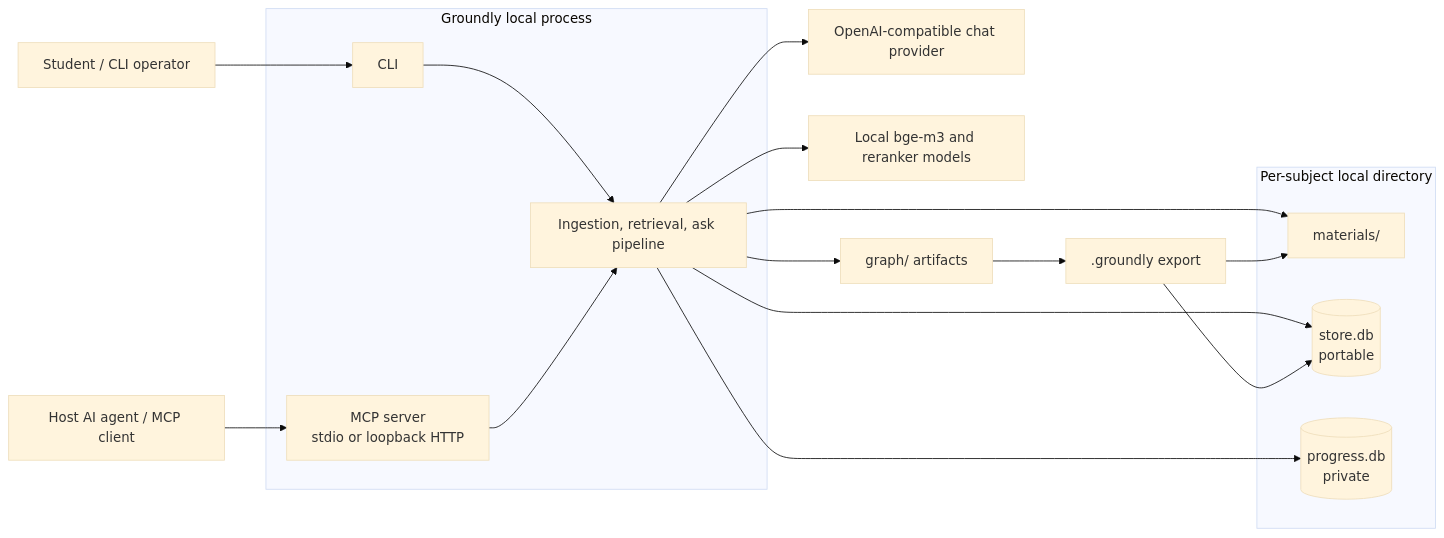
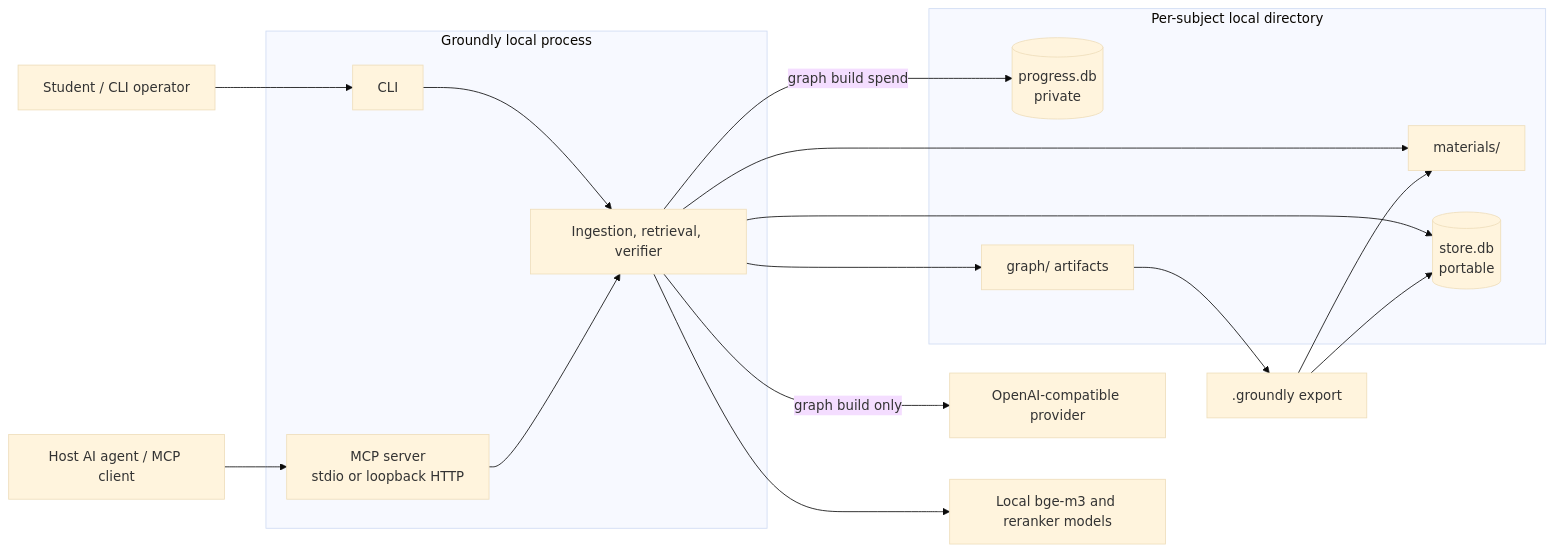
The diagram in docs/architecture/overview.md (paulhondola/groundly), drawn with Mermaid (base theme) before and after one commit. The commit also changed other lines of this file and 130 other files, not shown here.

````diff
--- a/docs/architecture/overview.md
+++ b/docs/architecture/overview.md
@@ -45,34 +33,34 @@
 ```mermaid
 flowchart LR
     student[Student / CLI operator]
     host[Host AI agent / MCP client]
-    provider[OpenAI-compatible chat provider]
+    provider[OpenAI-compatible provider]
     models[Local bge-m3 and reranker models]
 
     subgraph Groundly[Groundly local process]
         cli[CLI]
         mcp[MCP server\nstdio or loopback HTTP]
-        services[Ingestion, retrieval, ask pipeline]
+        services[Ingestion, retrieval, verifier]
         cli --> services
         mcp --> services
     end
 
     subgraph Subject[Per-subject local directory]
         materials[materials/]
         store[(store.db\nportable)]
         progress[(progress.db\nprivate)]
+        graph_node[graph/ artifacts]
     end
 
     student --> cli
     host --> mcp
     services --> materials
     services --> store
-    services --> progress
     services --> models
-    services --> provider
-    bundle[.groundly export]
-    bundle --> store
+    services -->|graph build only| provider
+    services -->|graph build spend| progress
+    services --> graph_node
+    bundle[.groundly export] --> store
     bundle --> materials
-    graph_node[graph/ artifacts] --> bundle
-    services --> graph_node
+    graph_node --> bundle
 ```
````
